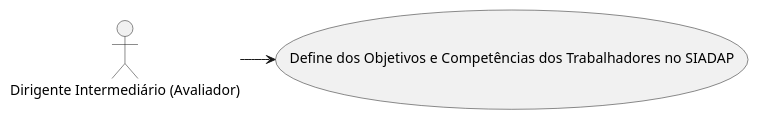
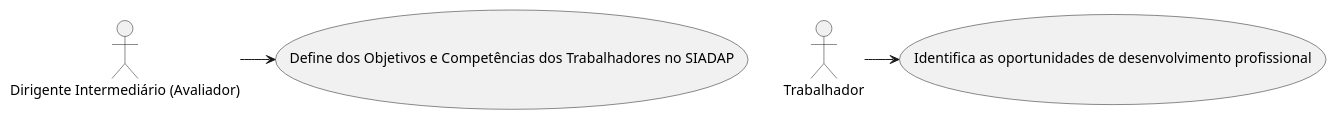
Before and after one commit to aliceresende/INFOR-ISEP: the diagram in UC/Uses Cases.puml, drawn with PlantUML.

Commit message:
Use case diagram update

```diff
--- a/UC/Uses Cases.puml
+++ b/UC/Uses Cases.puml
@@ -1,6 +1,8 @@
 @startuml
 'https://plantuml.com/use-case-diagram
 
 "Dirigente Intermediário (Avaliador)" -> (Define dos Objetivos e Competências dos Trabalhadores no SIADAP)
 
+"Trabalhador" -> (Identifica as oportunidades de desenvolvimento profissional)
+
 @enduml
```
